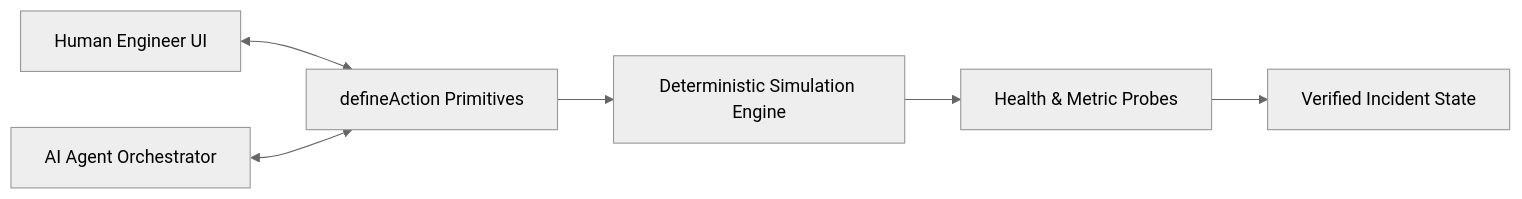
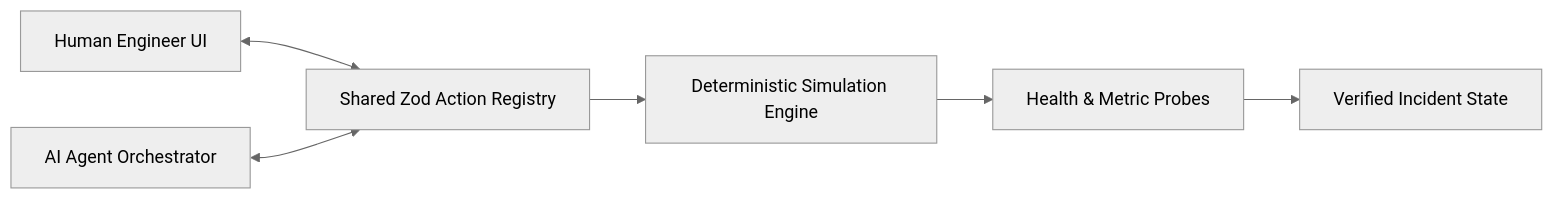
Before and after one commit to 251fa04c84-boop/traceback-ai: the diagram in README.md, drawn with Mermaid (neutral theme). The commit also changed other lines of this file, not shown here.

````diff
--- a/README.md
+++ b/README.md
@@ -57,8 +57,8 @@
 ```mermaid
 flowchart LR
-    A[Human Engineer UI] <--> B[defineAction Primitives]
+    A[Human Engineer UI] <--> B[Shared Zod Action Registry]
     C[AI Agent Orchestrator] <--> B
     B --> D[Deterministic Simulation Engine]
     D --> E[Health & Metric Probes]
     E --> F[Verified Incident State]
 ```
````
